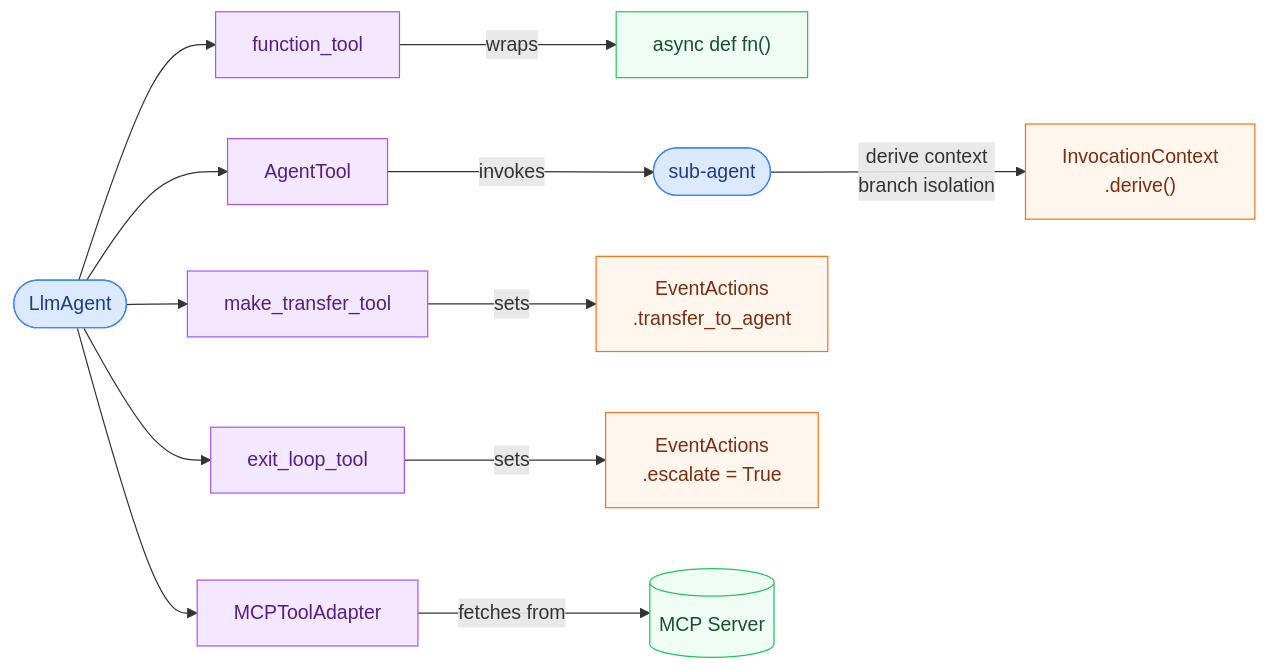
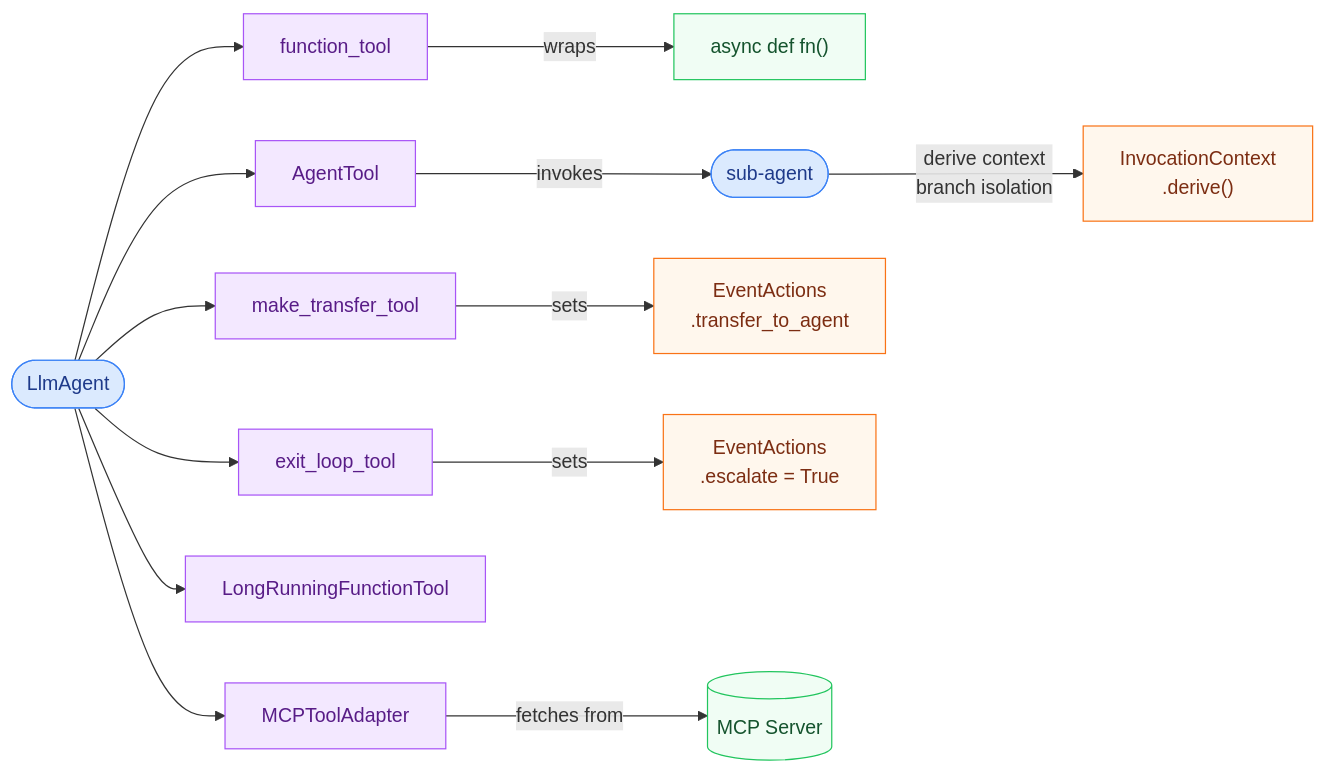
One commit to NicolaiLassen/langchain-adk changed the third of 10 diagrams in README.md. Above: the diagram before and after it, drawn with Mermaid. The commit also changed other lines of this file and 8 other files, not shown here.

First line of the commit message:
Add LongRunningFunctionTool and enhance error handling in LlmAgent

````diff
--- a/README.md
+++ b/README.md
@@ -374,22 +379,23 @@
 ```mermaid
 flowchart LR
     classDef agent fill:#dbeafe,stroke:#3b82f6,color:#1e3a8a
     classDef tool fill:#f3e8ff,stroke:#a855f7,color:#581c87
     classDef effect fill:#fff7ed,stroke:#f97316,color:#7c2d12
     classDef external fill:#f0fdf4,stroke:#22c55e,color:#14532d
 
     A([LlmAgent]):::agent
 
     A --> FT[function_tool]:::tool
     A --> AT[AgentTool]:::tool
     A --> TT[make_transfer_tool]:::tool
     A --> EL[exit_loop_tool]:::tool
+    A --> LR[LongRunningFunctionTool]:::tool
     A --> MCP[MCPToolAdapter]:::tool
 
     FT -->|wraps| Fn["async def fn()"]:::external
     AT -->|invokes| SA([sub-agent]):::agent
     SA -->|derive context\nbranch isolation| IC["InvocationContext\n.derive()"]:::effect
     TT -->|sets| EA1["EventActions\n.transfer_to_agent"]:::effect
     EL -->|sets| EA2["EventActions\n.escalate = True"]:::effect
     MCP -->|fetches from| MS[("MCP Server")]:::external
 ```
````
